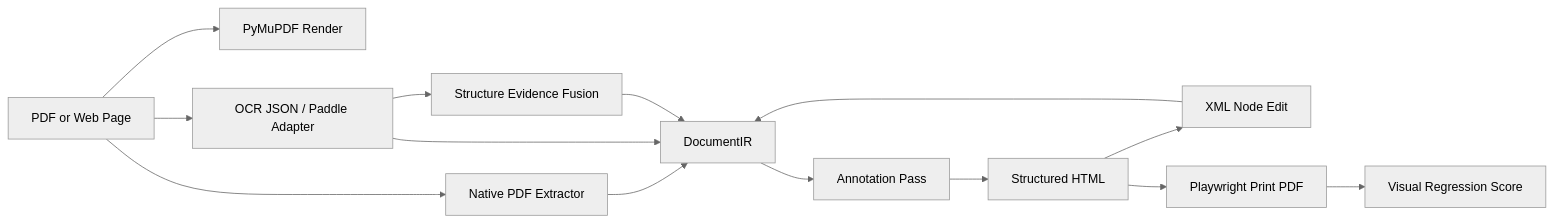
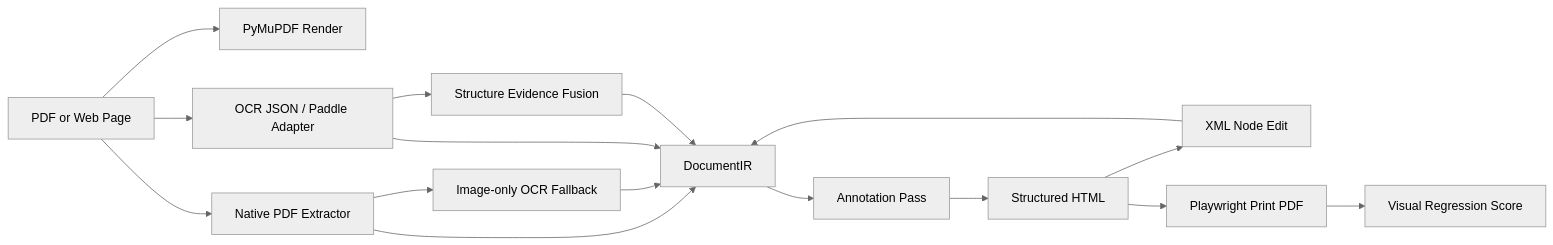
One commit to followcat/Scriptorium changed the diagram in README.md. Above: the diagram before and after it, drawn with Mermaid (neutral theme). The commit also changed other lines of this file and 3 other files, not shown here.

Commit message:
docs: record image-only OCR benchmark results

````diff
--- a/README.md
+++ b/README.md
@@ -404,16 +426,18 @@
 ```mermaid
 flowchart LR
   A[PDF or Web Page] --> B[PyMuPDF Render]
   A --> C[Native PDF Extractor]
+  C --> L[Image-only OCR Fallback]
   A --> D[OCR JSON / Paddle Adapter]
   D --> K[Structure Evidence Fusion]
   C --> E[DocumentIR]
+  L --> E
   D --> E
   K --> E
   E --> F[Annotation Pass]
   F --> G[Structured HTML]
   G --> H[XML Node Edit]
   H --> E
   G --> I[Playwright Print PDF]
   I --> J[Visual Regression Score]
 ```
````
